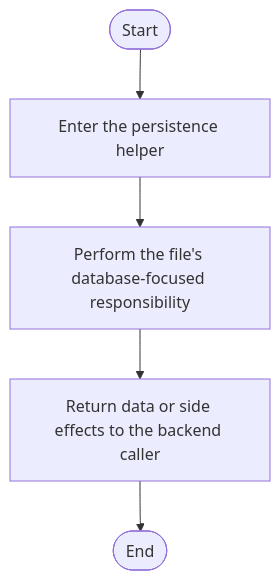
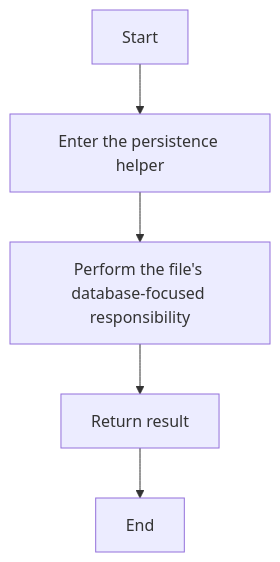
One commit to JohnAndrewBalbarosa/NeoTerritory changed the diagram in docs/Codebase/Backend/src/db/database.js.md. Above: the diagram before and after it, drawn with Mermaid. The commit also changed other lines of this file and 752 other files, not shown here.

````diff
--- a/docs/Codebase/Backend/src/db/database.js.md
+++ b/docs/Codebase/Backend/src/db/database.js.md
@@ -33,12 +22,12 @@
 ```mermaid
 flowchart TD
-    Start([Start])
-    N0[Enter the persistence helper]
-    N1[Perform the file's database-focused responsibility]
-    N2[Return data or side effects to the backend caller]
-    End([End])
+    Start["Start"]
+    N0["Enter the persistence helper"]
+    N1["Perform the file's database-focused responsibility"]
+    N2["Return result"]
+    End["End"]
     Start --> N0
     N0 --> N1
     N1 --> N2
     N2 --> End
 ```
````
